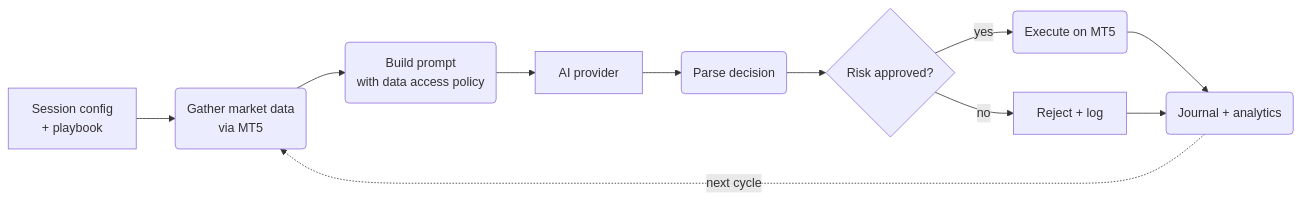
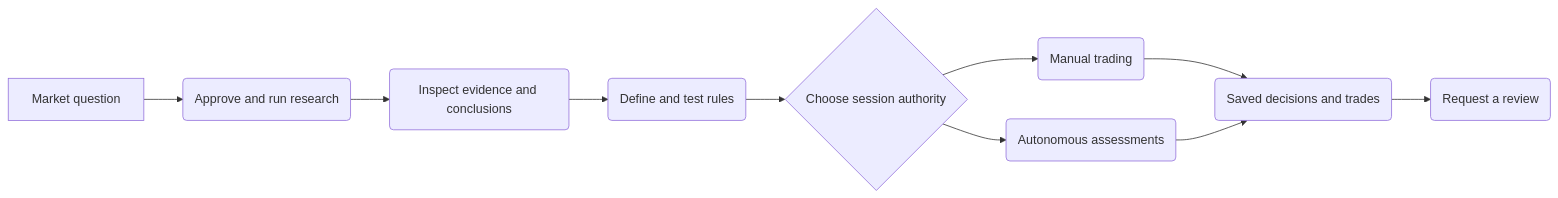
The diagram in src/content/docs/index.md (simeon-vanov/cortiq-public), drawn with Mermaid before and after one commit. The commit also changed other lines of this file and 95 other files, not shown here.

````diff
--- a/src/content/docs/index.md
+++ b/src/content/docs/index.md
@@ -25,13 +29,12 @@
 ```mermaid
 flowchart LR
-  A[Session config<br/>+ playbook] --> B(Gather market data<br/>via MT5)
-  B --> C(Build prompt<br/>with data access policy)
-  C --> D[AI provider]
-  D --> E(Parse decision)
-  E --> F{Risk approved?}
-  F -->|yes| G(Execute on MT5)
-  F -->|no| H[Reject + log]
-  G --> I(Journal + analytics)
-  H --> I
-  I -.next cycle.-> B
+  A[Market question] --> B(Approve and run research)
+  B --> C(Inspect evidence and conclusions)
+  C --> D(Define and test rules)
+  D --> E{Choose session authority}
+  E --> F(Manual trading)
+  E --> G(Autonomous assessments)
+  F --> H(Saved decisions and trades)
+  G --> H
+  H --> I(Request a review)
 ```
````
